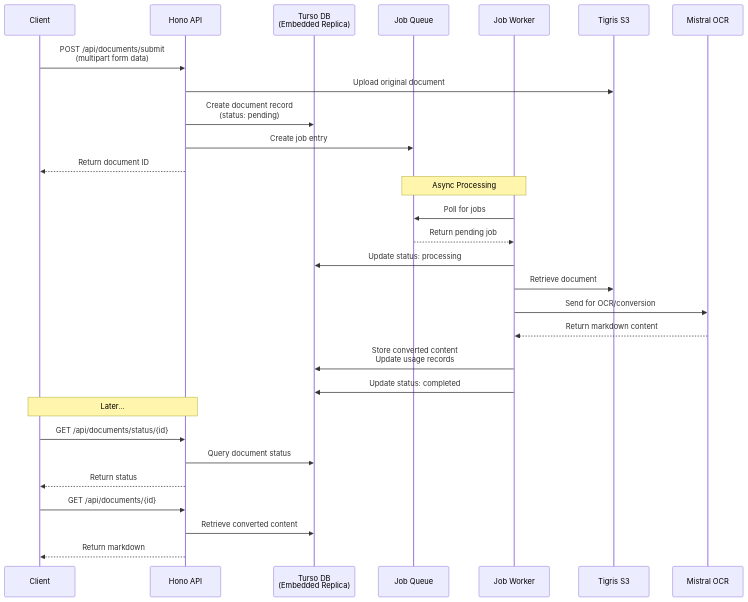
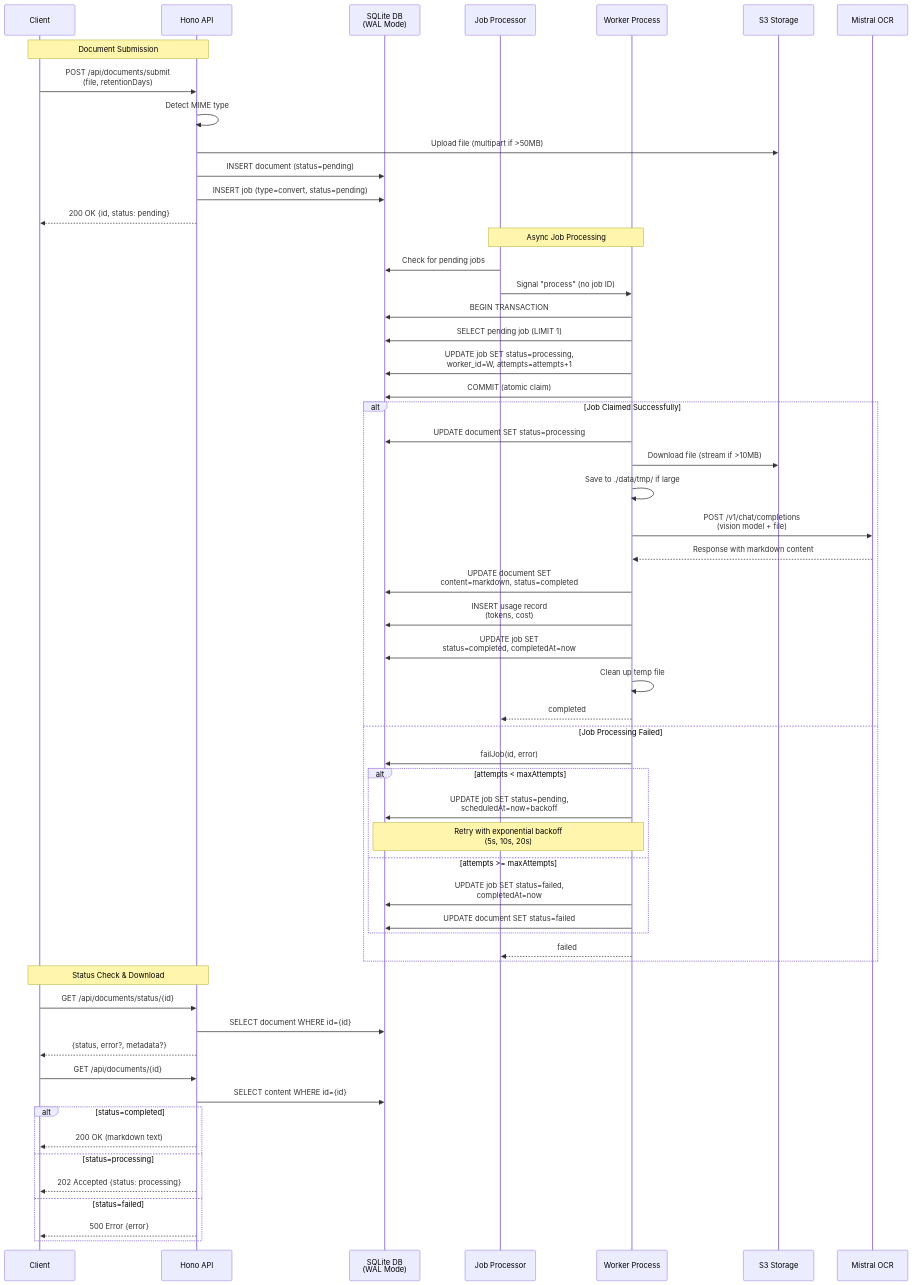
One commit to tobalo/ilios changed the first of 3 diagrams in README.md. Above: the diagram before and after it, drawn with Mermaid. The commit also changed other lines of this file and 24 other files, not shown here.

Commit message:
refactor: optional turso , enhanced retry and queue state atomicity

````diff
--- a/README.md
+++ b/README.md
@@ -19,37 +52,65 @@
 ```mermaid
 sequenceDiagram
     participant C as Client
     participant API as Hono API
-    participant DB as Turso DB<br/>(Embedded Replica)
-    participant Q as Job Queue
-    participant W as Job Worker
-    participant S3 as Tigris S3
+    participant DB as SQLite DB<br/>(WAL Mode)
+    participant JP as Job Processor
+    participant W as Worker Process
+    participant S3 as S3 Storage
     participant M as Mistral OCR
 
-    C->>API: POST /api/documents/submit<br/>(multipart form data)
-    API->>S3: Upload original document
-    API->>DB: Create document record<br/>(status: pending)
-    API->>Q: Create job entry
-    API-->>C: Return document ID
+    Note over C,API: Document Submission
+    C->>API: POST /api/documents/submit<br/>(file, retentionDays)
+    API->>API: Detect MIME type
+    API->>S3: Upload file (multipart if >50MB)
+    API->>DB: INSERT document (status=pending)
+    API->>DB: INSERT job (type=convert, status=pending)
+    API-->>C: 200 OK {id, status: pending}
 
-    Note over Q,W: Async Processing
+    Note over JP,W: Async Job Processing
+    JP->>DB: Check for pending jobs
+    JP->>W: Signal "process" (no job ID)
     
-    W->>Q: Poll for jobs
-    Q-->>W: Return pending job
-    W->>DB: Update status: processing
-    W->>S3: Retrieve document
-    W->>M: Send for OCR/conversion
-    M-->>W: Return markdown content
-    W->>DB: Store converted content<br/>Update usage records
-    W->>DB: Update status: completed
+    W->>DB: BEGIN TRANSACTION
+    W->>DB: SELECT pending job (LIMIT 1)
+    W->>DB: UPDATE job SET status=processing,<br/>worker_id=W, attempts=attempts+1
+    W->>DB: COMMIT (atomic claim)
+    
+    alt Job Claimed Successfully
+        W->>DB: UPDATE document SET status=processing
+        W->>S3: Download file (stream if >10MB)
+        W->>W: Save to ./data/tmp/ if large
+        W->>M: POST /v1/chat/completions<br/>(vision model + file)
+        M-->>W: Response with markdown content
+        W->>DB: UPDATE document SET<br/>content=markdown, status=completed
+        W->>DB: INSERT usage record<br/>(tokens, cost)
+        W->>DB: UPDATE job SET<br/>status=completed, completedAt=now
+        W->>W: Clean up temp file
+        W-->>JP: completed
+    else Job Processing Failed
+        W->>DB: failJob(id, error)
+        alt attempts < maxAttempts
+            W->>DB: UPDATE job SET status=pending,<br/>scheduledAt=now+backoff
+            Note over W,DB: Retry with exponential backoff<br/>(5s, 10s, 20s)
+        else attempts >= maxAttempts
+            W->>DB: UPDATE job SET status=failed,<br/>completedAt=now
+            W->>DB: UPDATE document SET status=failed
+        end
+        W-->>JP: failed
+    end
 
-    Note over C,API: Later...
-    
+    Note over C,API: Status Check & Download
     C->>API: GET /api/documents/status/{id}
-    API->>DB: Query document status
-    API-->>C: Return status
+    API->>DB: SELECT document WHERE id={id}
+    API-->>C: {status, error?, metadata?}
 
     C->>API: GET /api/documents/{id}
-    API->>DB: Retrieve converted content
-    API-->>C: Return markdown
+    API->>DB: SELECT content WHERE id={id}
+    alt status=completed
+        API-->>C: 200 OK (markdown text)
+    else status=processing
+        API-->>C: 202 Accepted {status: processing}
+    else status=failed
+        API-->>C: 500 Error {error}
+    end
 ```
````
